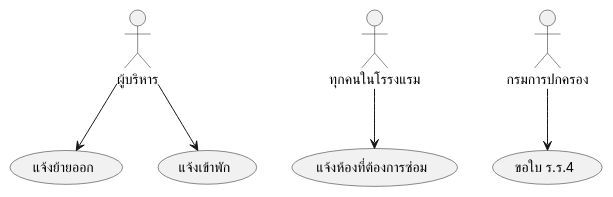
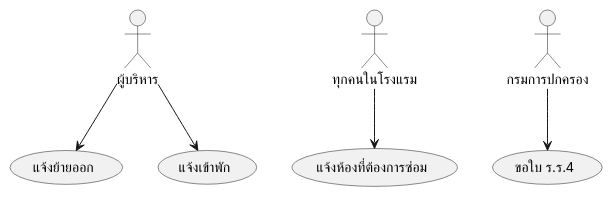
The diagram in activity-diagram/room/xxx.md (cheat13/Prompiman_Diagram), drawn with PlantUML before and after one commit. The commit also changed 4 other files, not shown here.

Commit message:
diagram usecase

```diff
--- a/activity-diagram/room/xxx.md
+++ b/activity-diagram/room/xxx.md
@@ -6,12 +6,12 @@
 @startuml
 
 :ผู้บริหาร: as board
-:ทุกคนในโรรงแรม: as people
+:ทุกคนในโรงแรม: as people
 :กรมการปกครอง: as dopa
 
 board --> (แจ้งย้ายออก)
 board --> (แจ้งเข้าพัก)
 dopa --> (ขอใบ ร.ร.4)
 people --> (แจ้งห้องที่ต้องการซ่อม)
 
 @enduml
```
